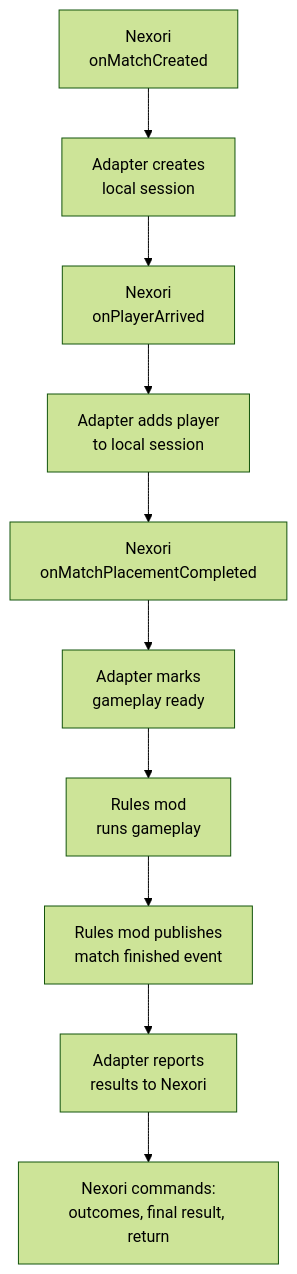
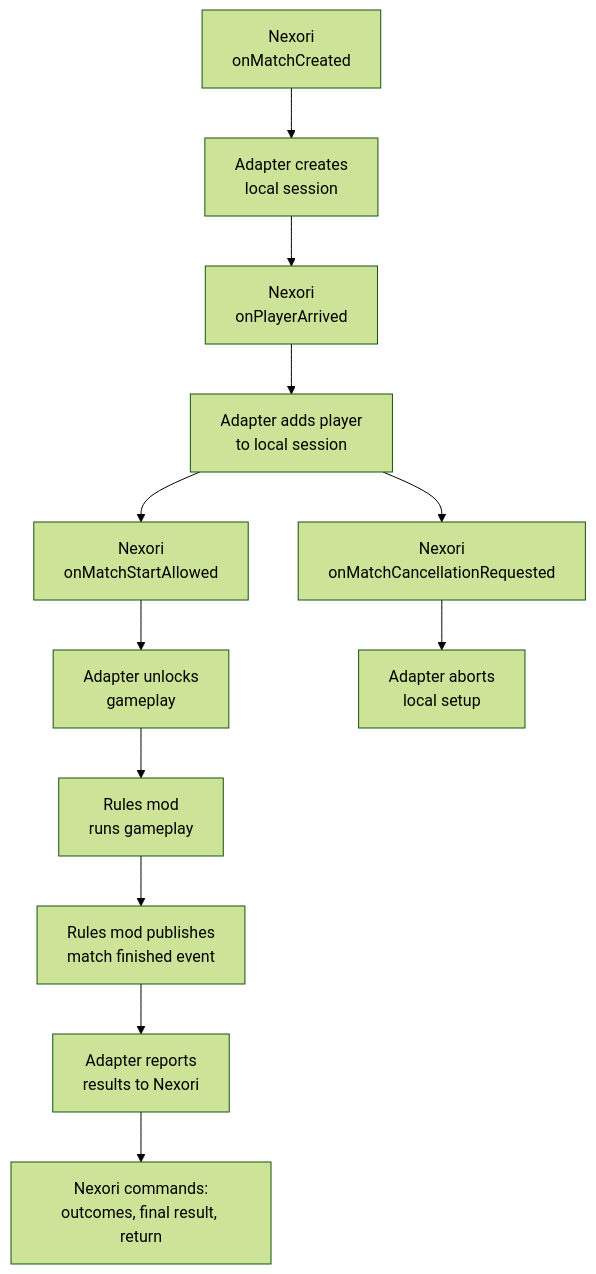
The second of 2 diagrams in docs/public-api/integrating-third-party-minigames.md (hyjn-nexori/nexori-docs), drawn with Mermaid (forest theme) before and after one commit. The commit also changed other lines of this file and 104 other files, not shown here.

````diff
--- a/docs/public-api/integrating-third-party-minigames.md
+++ b/docs/public-api/integrating-third-party-minigames.md
@@ -83,12 +83,14 @@
 ```mermaid
 flowchart TD
     A["Nexori<br/>onMatchCreated"] --> B["Adapter creates<br/>local session"]
     B --> C["Nexori<br/>onPlayerArrived"]
     C --> D["Adapter adds player<br/>to local session"]
-    D --> E["Nexori<br/>onMatchPlacementCompleted"]
-    E --> F["Adapter marks<br/>gameplay ready"]
+    D --> E["Nexori<br/>onMatchStartAllowed"]
+    D --> X["Nexori<br/>onMatchCancellationRequested"]
+    E --> F["Adapter unlocks<br/>gameplay"]
+    X --> Y["Adapter aborts<br/>local setup"]
     F --> G["Rules mod<br/>runs gameplay"]
     G --> H["Rules mod publishes<br/>match finished event"]
     H --> I["Adapter reports<br/>results to Nexori"]
     I --> J["Nexori commands:<br/>outcomes, final result, return"]
 ```
````
